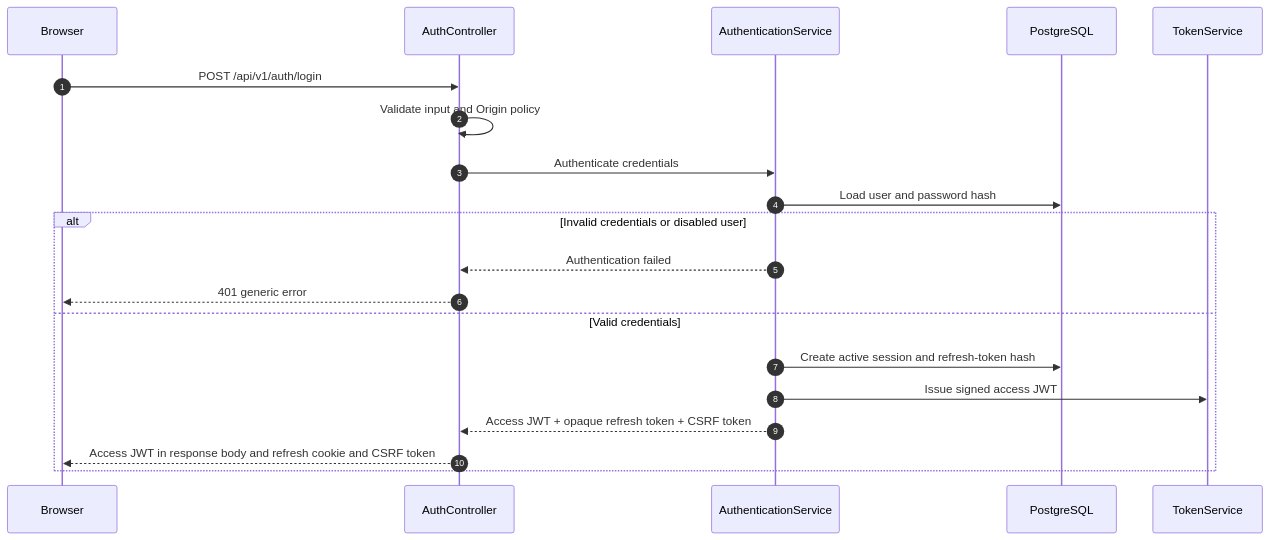
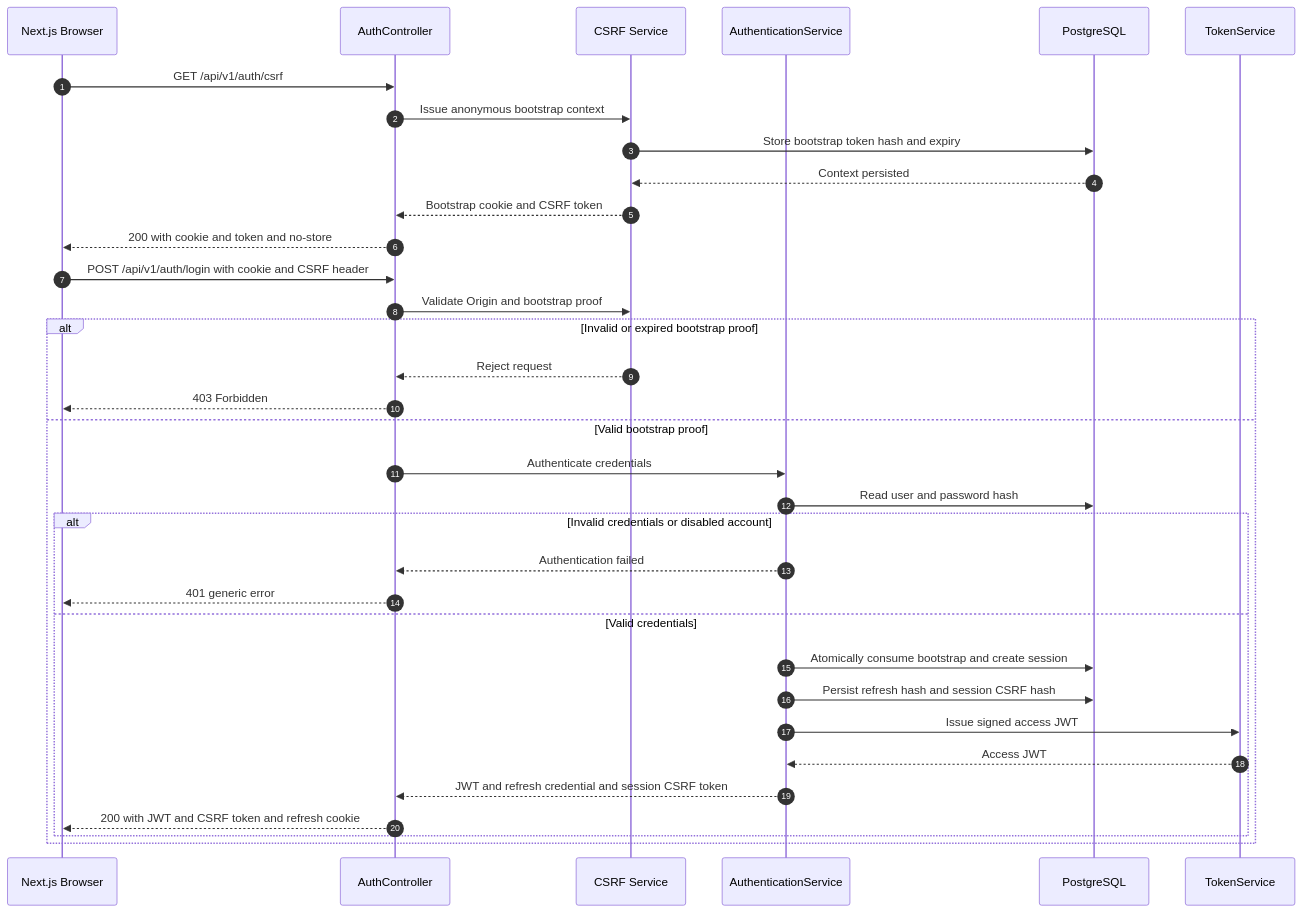
One commit to VuongDucHieu/PC-AI-Builder-Platform changed the second of 8 diagrams in docs/04-security/designs/01-authentication-session-design.md. Above: the diagram before and after it, drawn with Mermaid. The commit also changed other lines of this file and 2 other files, not shown here.

Commit message:
docs(security): align authentication with csrf bootstrap

````diff
--- a/docs/04-security/designs/01-authentication-session-design.md
+++ b/docs/04-security/designs/01-authentication-session-design.md
@@ -75,22 +77,36 @@
 ```mermaid
 sequenceDiagram
     autonumber
-    participant B as Browser
+    participant B as Next.js Browser
     participant C as AuthController
+    participant X as CSRF Service
     participant A as AuthenticationService
     participant DB as PostgreSQL
     participant T as TokenService
-    B->>C: POST /api/v1/auth/login
-    C->>C: Validate input and Origin policy
-    C->>A: Authenticate credentials
-    A->>DB: Load user and password hash
-    alt Invalid credentials or disabled user
-      A-->>C: Authentication failed
-      C-->>B: 401 generic error
-    else Valid credentials
-      A->>DB: Create active session and refresh-token hash
-      A->>T: Issue signed access JWT
-      A-->>C: Access JWT + opaque refresh token + CSRF token
-      C-->>B: Access JWT in response body and refresh cookie and CSRF token
+    B->>C: GET /api/v1/auth/csrf
+    C->>X: Issue anonymous bootstrap context
+    X->>DB: Store bootstrap token hash and expiry
+    DB-->>X: Context persisted
+    X-->>C: Bootstrap cookie and CSRF token
+    C-->>B: 200 with cookie and token and no-store
+    B->>C: POST /api/v1/auth/login with cookie and CSRF header
+    C->>X: Validate Origin and bootstrap proof
+    alt Invalid or expired bootstrap proof
+        X-->>C: Reject request
+        C-->>B: 403 Forbidden
+    else Valid bootstrap proof
+        C->>A: Authenticate credentials
+        A->>DB: Read user and password hash
+        alt Invalid credentials or disabled account
+            A-->>C: Authentication failed
+            C-->>B: 401 generic error
+        else Valid credentials
+            A->>DB: Atomically consume bootstrap and create session
+            A->>DB: Persist refresh hash and session CSRF hash
+            A->>T: Issue signed access JWT
+            T-->>A: Access JWT
+            A-->>C: JWT and refresh credential and session CSRF token
+            C-->>B: 200 with JWT and CSRF token and refresh cookie
+        end
     end
 ```
````
